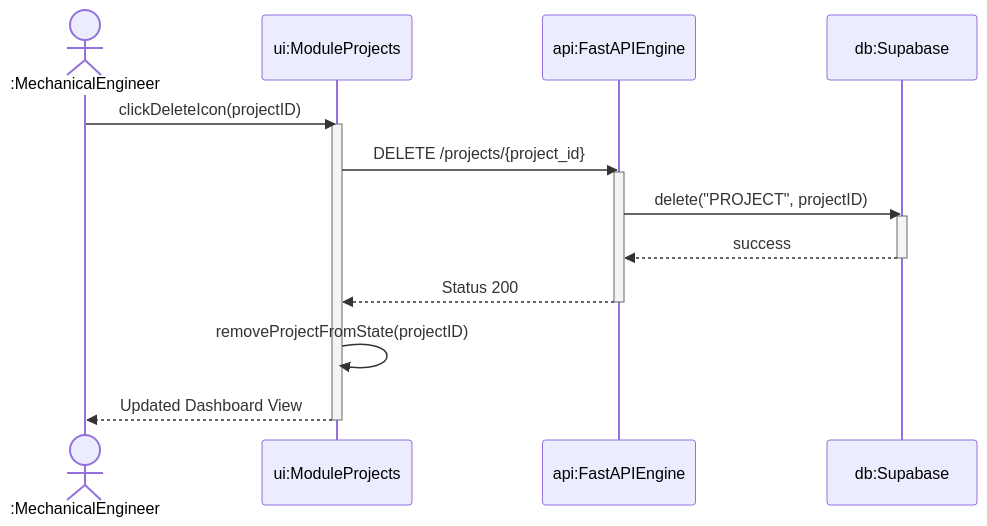
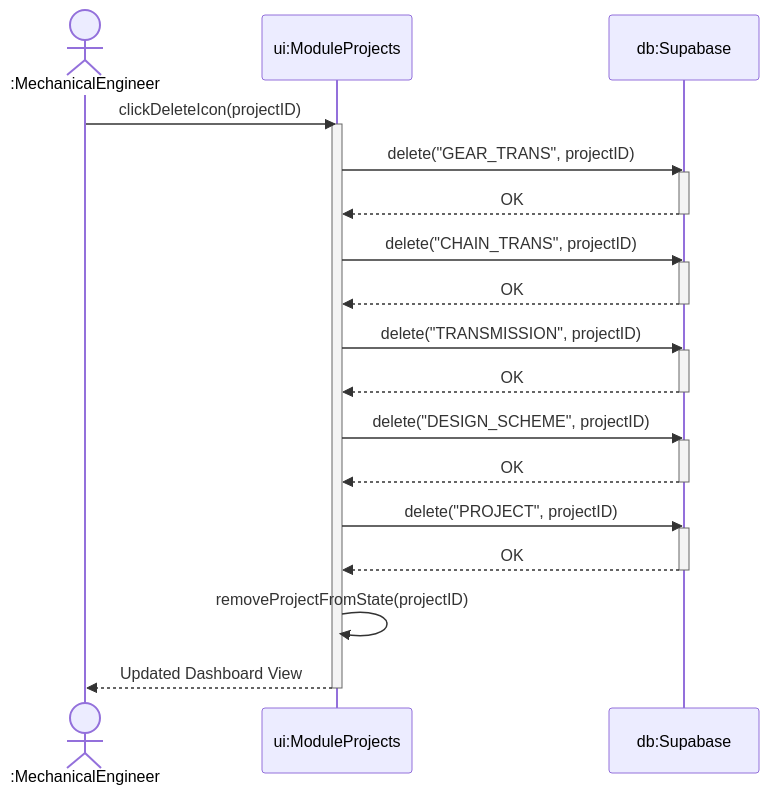
Before and after one commit to dvydinh/mechdrive: the fourth of 4 diagrams in docs/uml/4_Sequence_Diagrams.md, drawn with Mermaid. The commit also changed other lines of this file and 4 other files, not shown here.

````diff
--- a/docs/uml/4_Sequence_Diagrams.md
+++ b/docs/uml/4_Sequence_Diagrams.md
@@ -86,25 +101,38 @@
 ```mermaid
 sequenceDiagram
     actor Eng as :MechanicalEngineer
     participant UI as ui:ModuleProjects
-    participant API as api:FastAPIEngine
     participant DB as db:Supabase
 
     Eng->>UI: clickDeleteIcon(projectID)
     activate UI
     
-    UI->>API: DELETE /projects/{project_id}
-    activate API
-    
-    API->>DB: delete("PROJECT", projectID)
+    UI->>DB: delete("GEAR_TRANS", projectID)
     activate DB
-    DB-->>API: success
+    DB-->>UI: OK
     deactivate DB
     
-    API-->>UI: Status 200
-    deactivate API
+    UI->>DB: delete("CHAIN_TRANS", projectID)
+    activate DB
+    DB-->>UI: OK
+    deactivate DB
+    
+    UI->>DB: delete("TRANSMISSION", projectID)
+    activate DB
+    DB-->>UI: OK
+    deactivate DB
+    
+    UI->>DB: delete("DESIGN_SCHEME", projectID)
+    activate DB
+    DB-->>UI: OK
+    deactivate DB
+    
+    UI->>DB: delete("PROJECT", projectID)
+    activate DB
+    DB-->>UI: OK
+    deactivate DB
     
     UI->>UI: removeProjectFromState(projectID)
     UI-->>Eng: Updated Dashboard View
     deactivate UI
 ```
````
